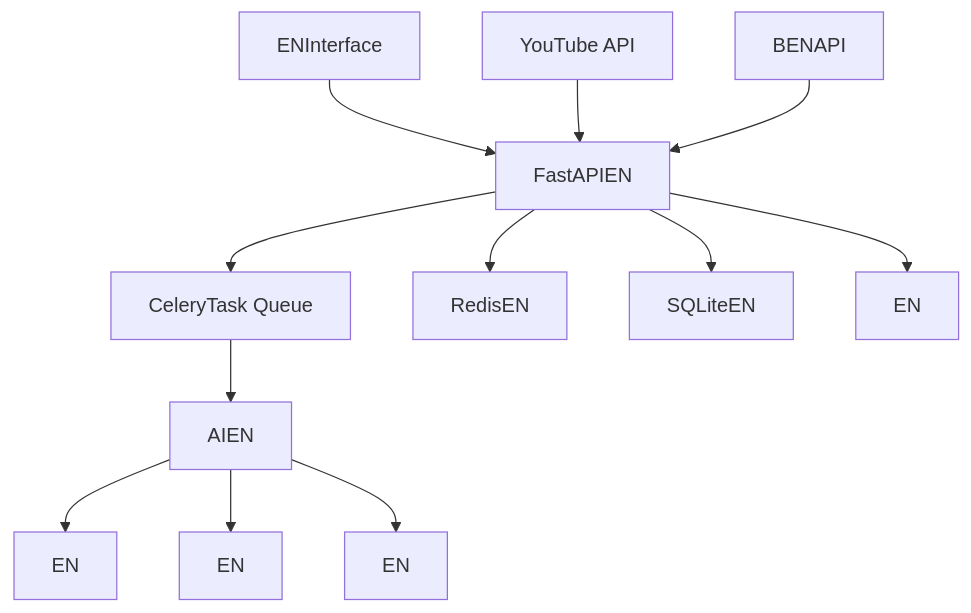
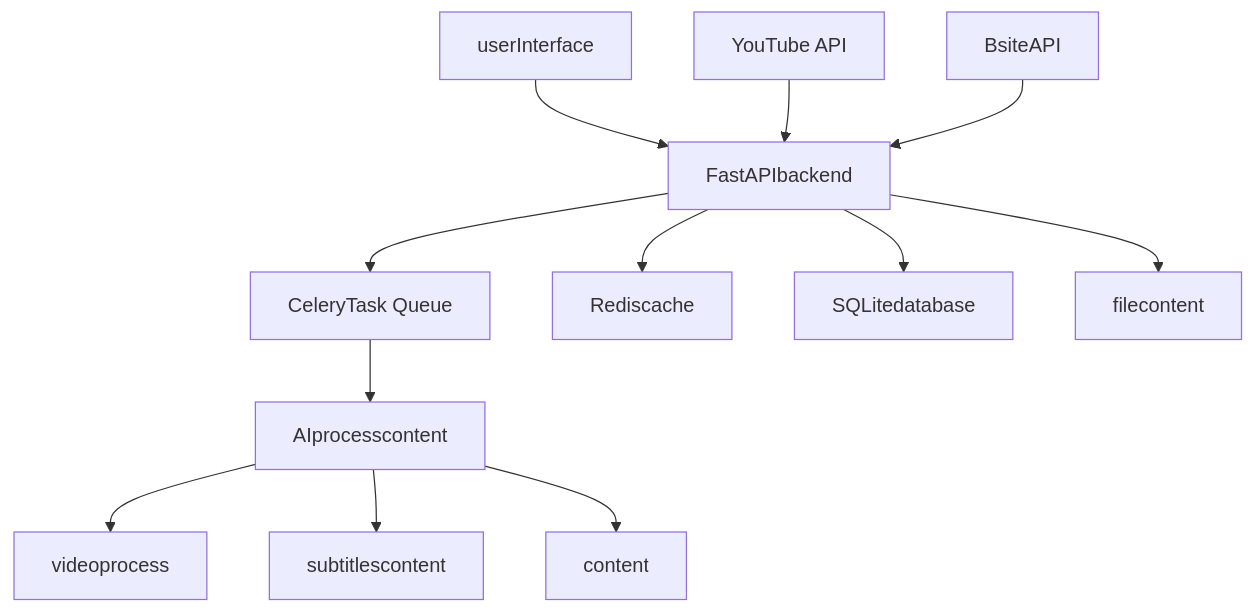
Before and after one commit to nd7hdyt/YtClipper: the diagram in .github/README.md, drawn with Mermaid. The commit also changed other lines of this file and 257 other files, not shown here.

````diff
--- a/.github/README.md
+++ b/.github/README.md
@@ -41,14 +41,14 @@
 ```mermaid
 graph TB
-    A[ENInterface] --> B[FastAPIEN]
+    A[userInterface] --> B[FastAPIbackend]
     B --> C[CeleryTask Queue]
-    B --> D[RedisEN]
-    B --> E[SQLiteEN]
-    C --> F[AIEN]
-    F --> G[EN]
-    F --> H[EN]
-    F --> I[EN]
-    B --> J[EN]
+    B --> D[Rediscache]
+    B --> E[SQLitedatabase]
+    C --> F[AIprocesscontent]
+    F --> G[videoprocess]
+    F --> H[subtitlescontent]
+    F --> I[content]
+    B --> J[filecontent]
     K[YouTube API] --> B
-    L[BENAPI] --> B
+    L[BsiteAPI] --> B
 ```
````
